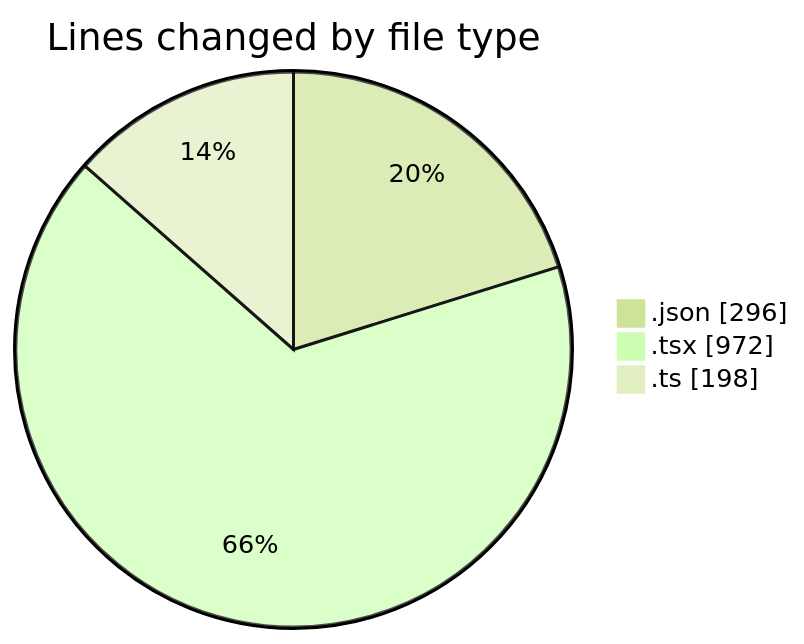
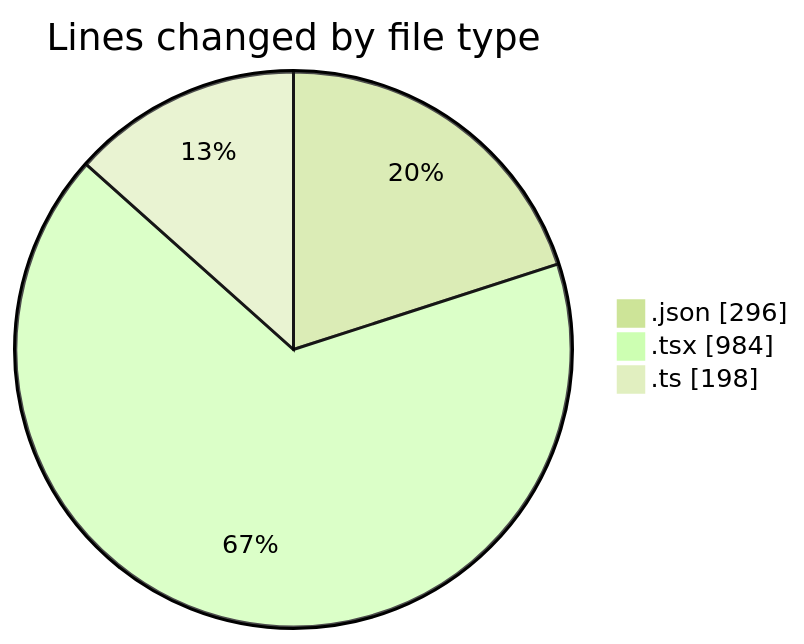
Before and after one commit to julien-gomy/code-tracking: the first of 2 diagrams in 2025-10-07/eventscop-frontend-guide__workspace_/README.md, drawn with Mermaid (forest theme). The commit also changed other lines of this file and 1 other file, not shown here.

````diff
--- a/2025-10-07/eventscop-frontend-guide__workspace_/README.md
+++ b/2025-10-07/eventscop-frontend-guide__workspace_/README.md
@@ -25,7 +25,7 @@
 ```mermaid
 pie showData
 title Lines changed by file type
 ".json" : 296
-".tsx" : 972
+".tsx" : 984
 ".ts" : 198
 ```
````
